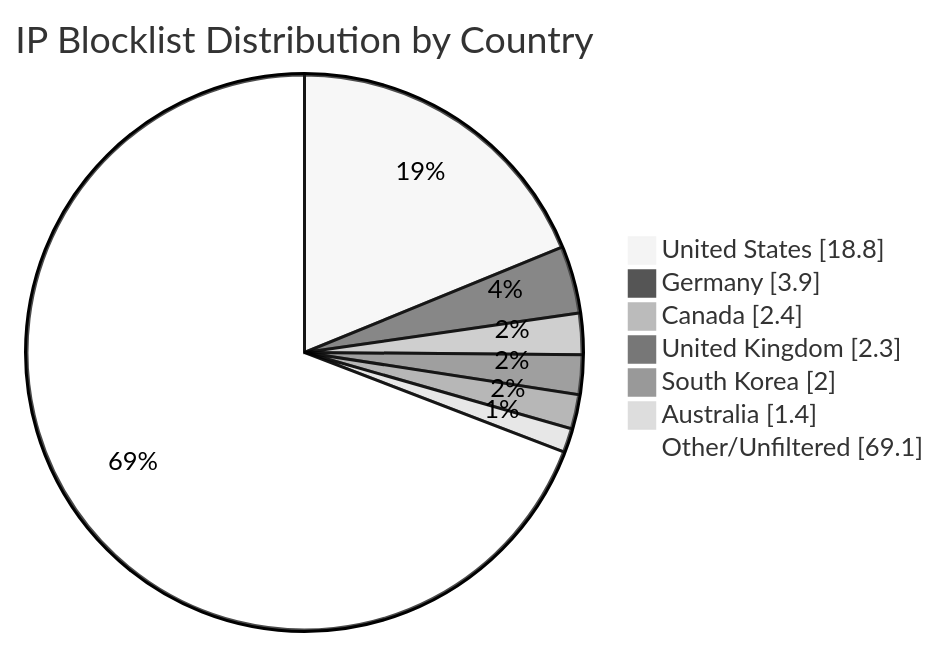
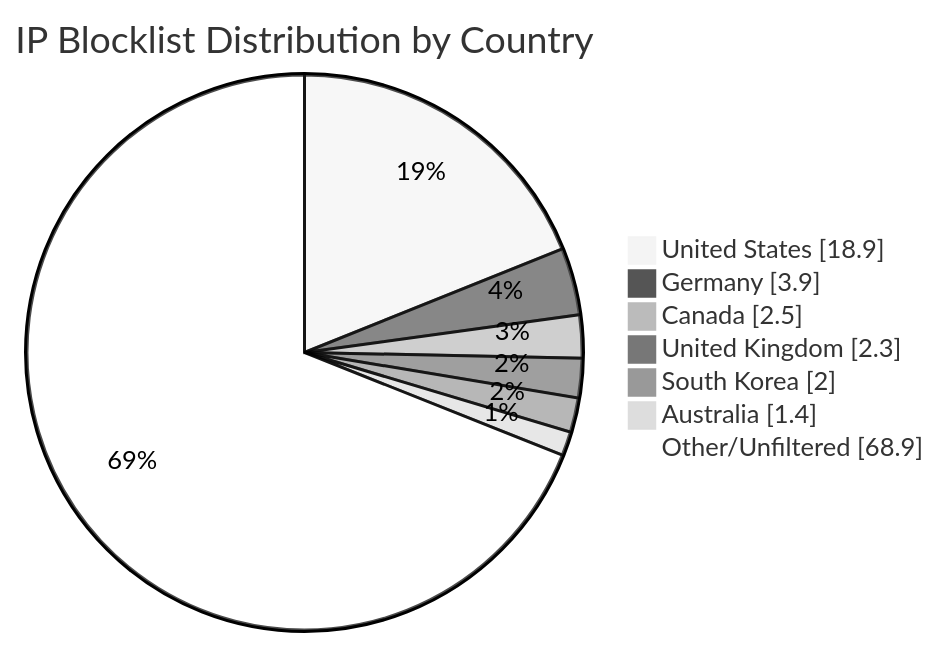
The diagram in README.md (MarcusHoltz/ipblocklist-geofiltered-aggregator), drawn with Mermaid (neutral theme) before and after one commit. The commit also changed other lines of this file and 9 other files, not shown here.

````diff
--- a/README.md
+++ b/README.md
@@ -34,10 +34,10 @@
 ```mermaid
 pie showData title IP Blocklist Distribution by Country
-"United States" : 18.8
+"United States" : 18.9
 "Germany" : 3.9
-"Canada" : 2.4
+"Canada" : 2.5
 "United Kingdom" : 2.3
 "South Korea" : 2.0
 "Australia" : 1.4
-"Other/Unfiltered" : 69.1
+"Other/Unfiltered" : 68.9
 ```
````
